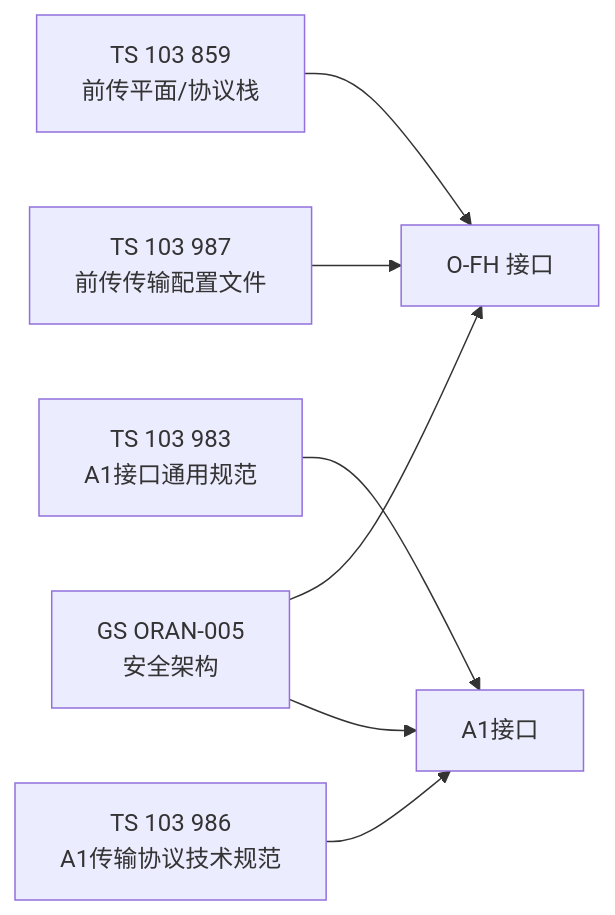
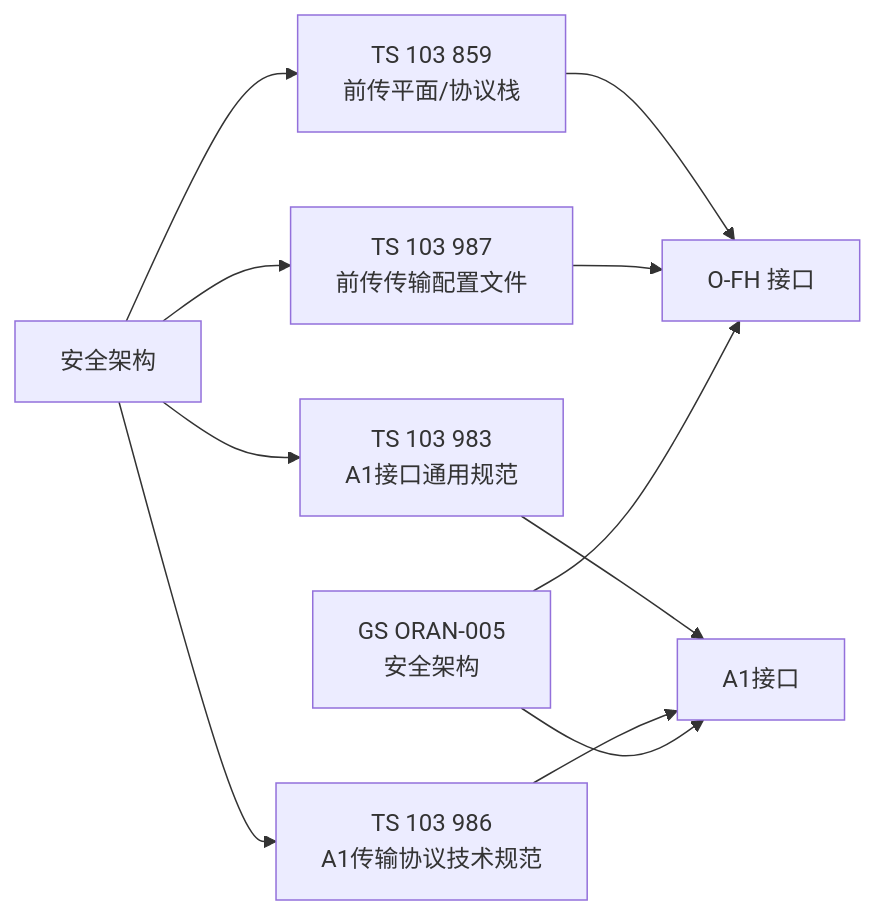
The sixth of 6 diagrams in .qoder/repowiki/zh/content/标准与合规/ETSI标准详解.md (allengaller/oran-database), drawn with Mermaid before and after one commit. The commit also changed other lines of this file and 32 other files, not shown here.

````diff
--- a/.qoder/repowiki/zh/content/标准与合规/ETSI标准详解.md
+++ b/.qoder/repowiki/zh/content/标准与合规/ETSI标准详解.md
@@ -217,9 +297,13 @@
 ```mermaid
 graph LR
 TS859["TS 103 859<br/>前传平面/协议栈"] --> OFH["O-FH 接口"]
 TS983["TS 103 983<br/>A1接口通用规范"] --> A1["A1接口"]
 TS986["TS 103 986<br/>A1传输协议技术规范"] --> A1
 TS987["TS 103 987<br/>前传传输配置文件"] --> OFH
 GS005["GS ORAN-005<br/>安全架构"] --> OFH
 GS005 --> A1
+SEC["安全架构"] --> TS859
+SEC --> TS983
+SEC --> TS986
+SEC --> TS987
 ```
````
